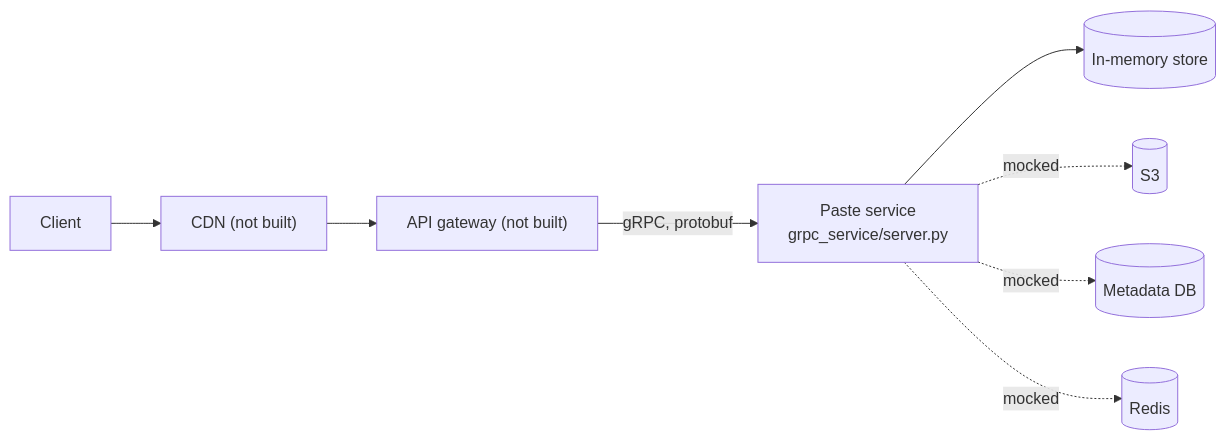
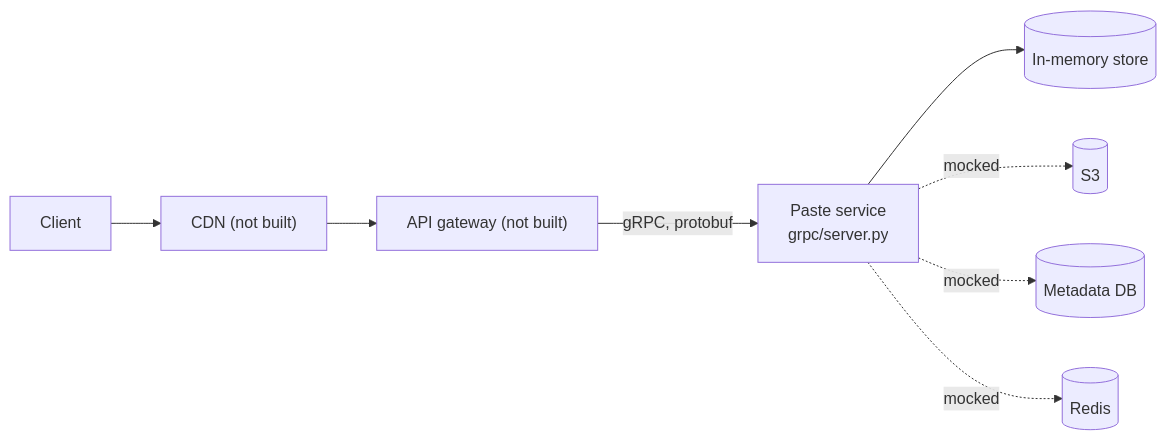
The first of 3 diagrams in pastebin/README.MD (whyL1ght/highload_backend), drawn with Mermaid before and after one commit. The commit also changed other lines of this file and 3 other files, not shown here.

````diff
--- a/pastebin/README.MD
+++ b/pastebin/README.MD
@@ -30,10 +30,10 @@
 ```mermaid
 flowchart LR
     U[Client] --> CDN["CDN (not built)"]
     CDN --> GW["API gateway (not built)"]
-    GW -->|gRPC, protobuf| PS[Paste service<br/>grpc_service/server.py]
+    GW -->|gRPC, protobuf| PS[Paste service<br/>grpc/server.py]
     PS --> MEM[(In-memory store)]
     PS -.->|mocked| S3[(S3)]
     PS -.->|mocked| DB[(Metadata DB)]
     PS -.->|mocked| R[(Redis)]
 ```
````
